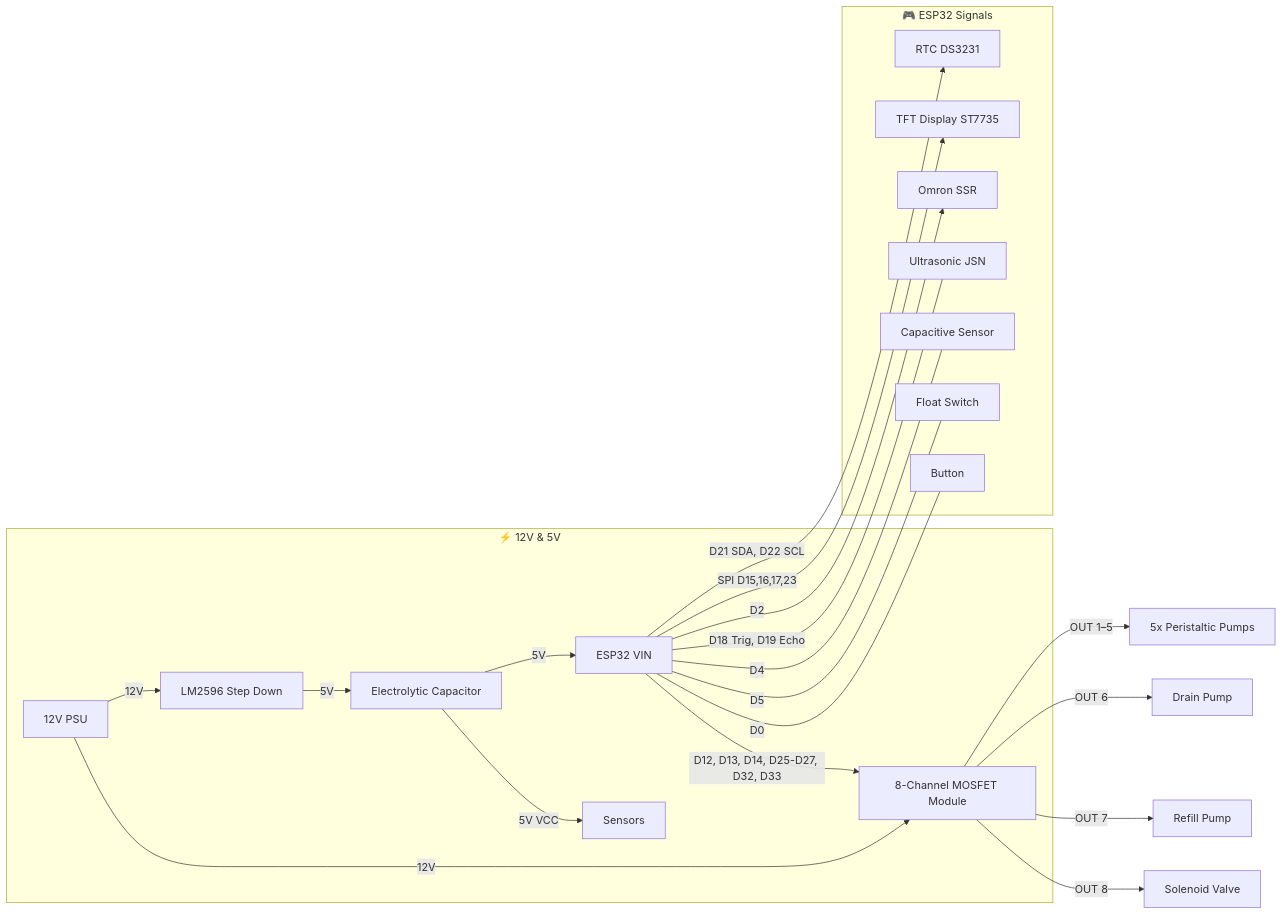
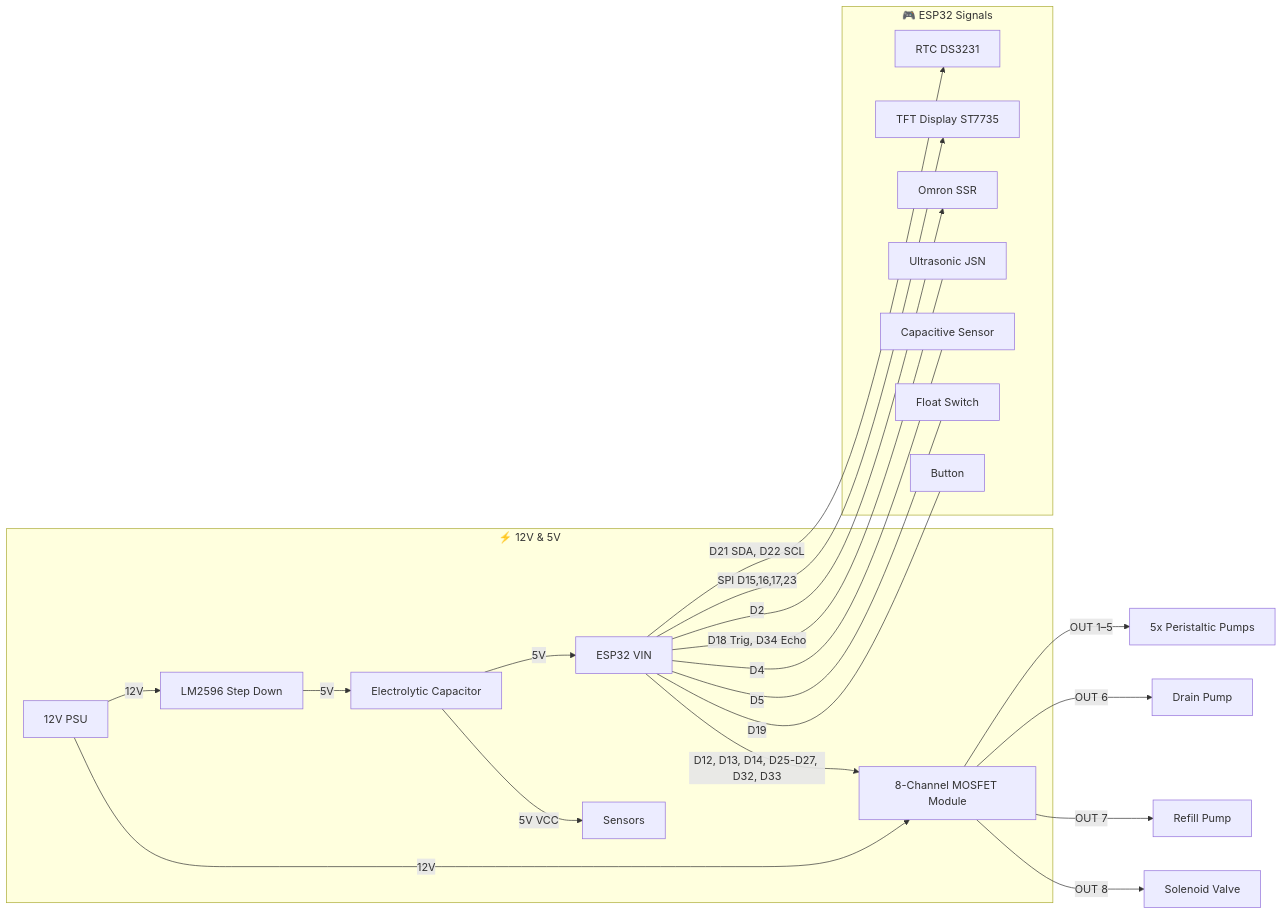
The second of 2 diagrams in README.md (PhilipeGatis/SATPAFERT), drawn with Mermaid before and after one commit. The commit also changed other lines of this file and 6 other files, not shown here.

Commit message:
feat(hardware): swap ultrasonic ECHO to GPIO34 and button to GPIO19

````diff
--- a/README.md
+++ b/README.md
@@ -111,26 +111,26 @@
 ```mermaid
 graph LR
   subgraph Power [⚡ 12V & 5V]
     PSU[12V PSU] -->|12V| MOSFET[8-Channel MOSFET Module]
     PSU -->|12V| LM2596[LM2596 Step Down]
     LM2596 -->|5V| Cap[Electrolytic Capacitor]
     Cap -->|5V| ESP32[ESP32 VIN]
     Cap -->|5V VCC| SENS[Sensors]
   end
 
   subgraph Signals [🎮 ESP32 Signals]
     ESP32 -->|D21 SDA, D22 SCL| I2C[RTC DS3231]
     ESP32 -->|SPI D15,16,17,23| TFT[TFT Display ST7735]
     ESP32 -->|D12, D13, D14, D25-D27, D32, D33| MOSFET
     ESP32 -->|D2| SSR[Omron SSR]
-    ESP32 ---|D18 Trig, D19 Echo| Ultra[Ultrasonic JSN]
+    ESP32 ---|D18 Trig, D34 Echo| Ultra[Ultrasonic JSN]
     ESP32 ---|D4| Water[Capacitive Sensor]
     ESP32 ---|D5| Float[Float Switch]
-    ESP32 ---|D0| Button[Button]
+    ESP32 ---|D19| Button[Button]
   end
 
   MOSFET -->|OUT 1–5| Peristaltic[5x Peristaltic Pumps]
   MOSFET -->|OUT 6| Drain[Drain Pump]
   MOSFET -->|OUT 7| Refill[Refill Pump]
   MOSFET -->|OUT 8| Solenoid[Solenoid Valve]
 ```
````
